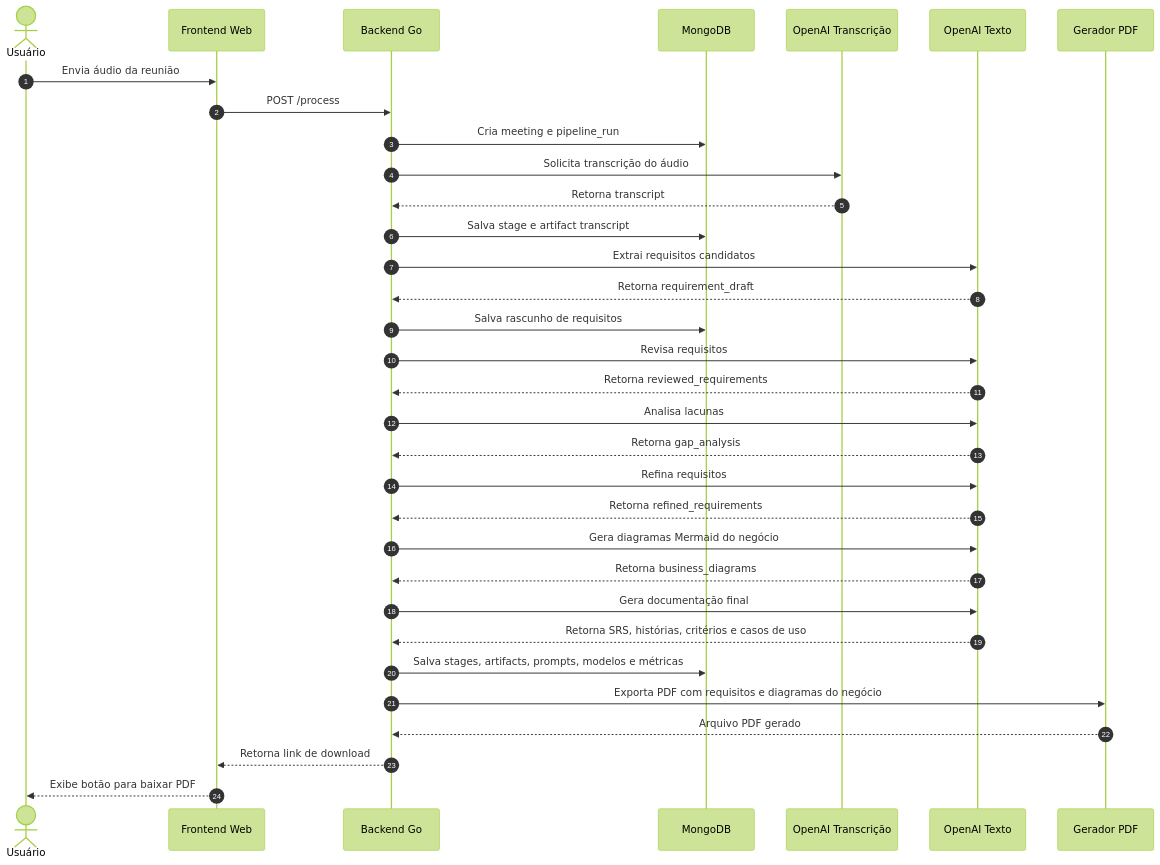
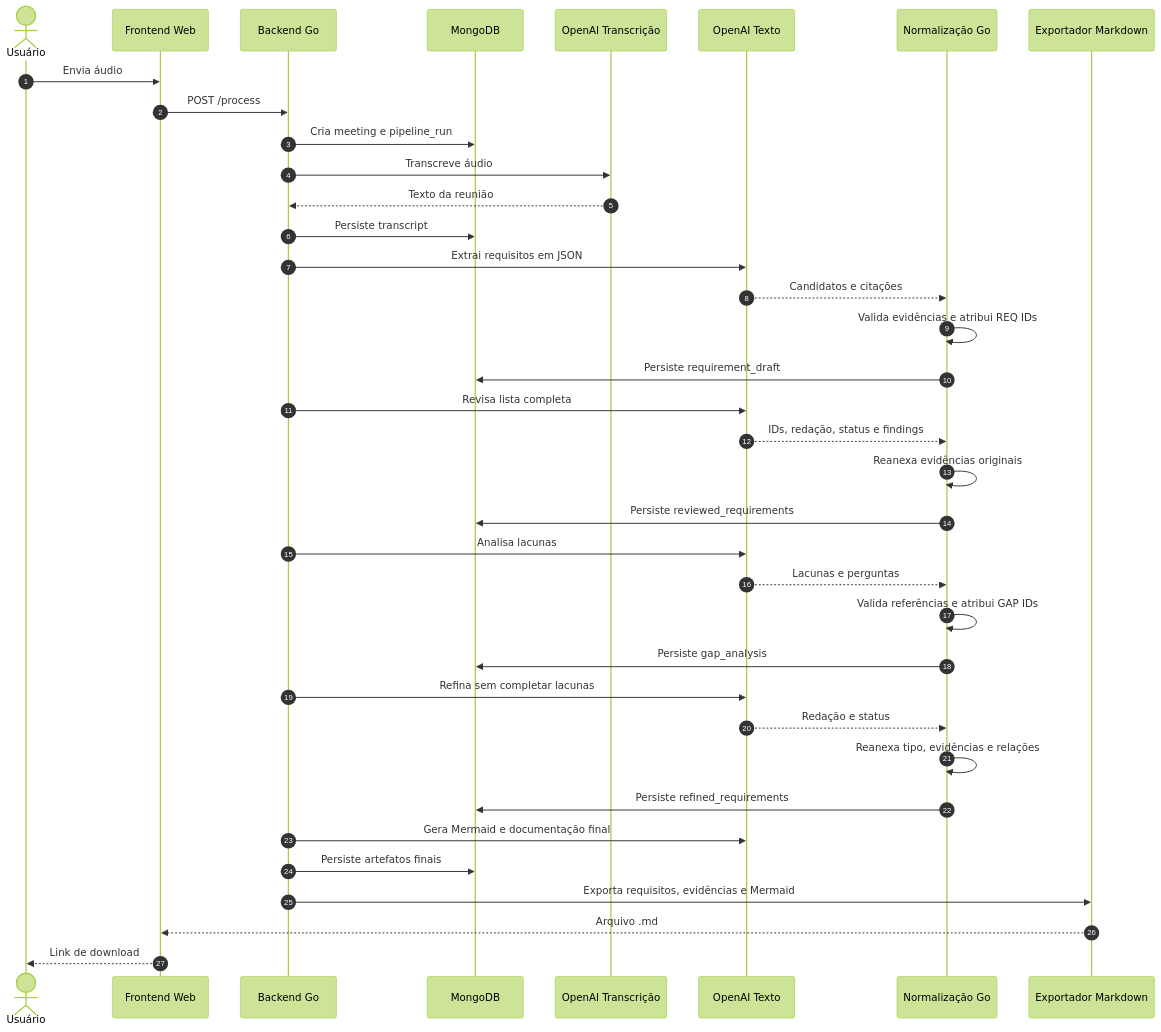
Before and after one commit to fabiuhp/tcc-3: the diagram in README.md, drawn with Mermaid (forest theme). The commit also changed other lines of this file and 28 other files, not shown here.

````diff
--- a/README.md
+++ b/README.md
@@ -69,36 +104,40 @@
 ```mermaid
 sequenceDiagram
     autonumber
     actor Usuario as Usuário
     participant Web as Frontend Web
     participant Backend as Backend Go
     participant Mongo as MongoDB
     participant STT as OpenAI Transcrição
     participant LLM as OpenAI Texto
-    participant PDF as Gerador PDF
+    participant Normalizer as Normalização Go
+    participant Markdown as Exportador Markdown
 
-    Usuario->>Web: Envia áudio da reunião
+    Usuario->>Web: Envia áudio
     Web->>Backend: POST /process
     Backend->>Mongo: Cria meeting e pipeline_run
-    Backend->>STT: Solicita transcrição do áudio
-    STT-->>Backend: Retorna transcript
-    Backend->>Mongo: Salva stage e artifact transcript
-    Backend->>LLM: Extrai requisitos candidatos
-    LLM-->>Backend: Retorna requirement_draft
-    Backend->>Mongo: Salva rascunho de requisitos
-    Backend->>LLM: Revisa requisitos
-    LLM-->>Backend: Retorna reviewed_requirements
+    Backend->>STT: Transcreve áudio
+    STT-->>Backend: Texto da reunião
+    Backend->>Mongo: Persiste transcript
+    Backend->>LLM: Extrai requisitos em JSON
+    LLM-->>Normalizer: Candidatos e citações
+    Normalizer->>Normalizer: Valida evidências e atribui REQ IDs
+    Normalizer->>Mongo: Persiste requirement_draft
+    Backend->>LLM: Revisa lista completa
+    LLM-->>Normalizer: IDs, redação, status e findings
+    Normalizer->>Normalizer: Reanexa evidências originais
+    Normalizer->>Mongo: Persiste reviewed_requirements
     Backend->>LLM: Analisa lacunas
-    LLM-->>Backend: Retorna gap_analysis
-    Backend->>LLM: Refina requisitos
-    LLM-->>Backend: Retorna refined_requirements
-    Backend->>LLM: Gera diagramas Mermaid do negócio
-    LLM-->>Backend: Retorna business_diagrams
-    Backend->>LLM: Gera documentação final
-    LLM-->>Backend: Retorna SRS, histórias, critérios e casos de uso
-    Backend->>Mongo: Salva stages, artifacts, prompts, modelos e métricas
-    Backend->>PDF: Exporta PDF com requisitos e diagramas do negócio
-    PDF-->>Backend: Arquivo PDF gerado
-    Backend-->>Web: Retorna link de download
-    Web-->>Usuario: Exibe botão para baixar PDF
+    LLM-->>Normalizer: Lacunas e perguntas
+    Normalizer->>Normalizer: Valida referências e atribui GAP IDs
+    Normalizer->>Mongo: Persiste gap_analysis
+    Backend->>LLM: Refina sem completar lacunas
+    LLM-->>Normalizer: Redação e status
+    Normalizer->>Normalizer: Reanexa tipo, evidências e relações
+    Normalizer->>Mongo: Persiste refined_requirements
+    Backend->>LLM: Gera Mermaid e documentação final
+    Backend->>Mongo: Persiste artefatos finais
+    Backend->>Markdown: Exporta requisitos, evidências e Mermaid
+    Markdown-->>Web: Arquivo .md
+    Web-->>Usuario: Link de download
 ```
````
